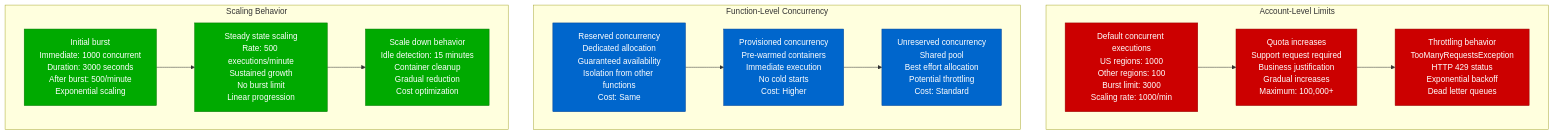
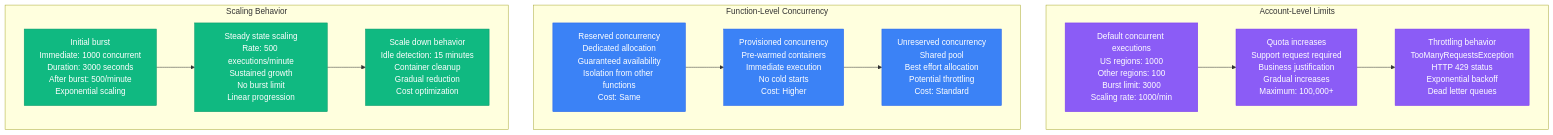
One commit to deepaucksharma/DS changed the third of 11 diagrams in site/docs/performance/serverless-performance-profile.md. Above: the diagram before and after it, drawn with Mermaid. The commit also changed other lines of this file and 303 other files, not shown here.

````diff
--- a/site/docs/performance/serverless-performance-profile.md
+++ b/site/docs/performance/serverless-performance-profile.md
@@ -95,40 +95,40 @@
 ```mermaid
 graph TB
     subgraph "Account-Level Limits"
         ACCOUNT1[Default concurrent executions<br/>US regions: 1000<br/>Other regions: 100<br/>Burst limit: 3000<br/>Scaling rate: 1000/min]
 
         ACCOUNT2[Quota increases<br/>Support request required<br/>Business justification<br/>Gradual increases<br/>Maximum: 100,000+]
 
         ACCOUNT3[Throttling behavior<br/>TooManyRequestsException<br/>HTTP 429 status<br/>Exponential backoff<br/>Dead letter queues]
 
         ACCOUNT1 --> ACCOUNT2 --> ACCOUNT3
     end
 
     subgraph "Function-Level Concurrency"
         FUNCTION1[Reserved concurrency<br/>Dedicated allocation<br/>Guaranteed availability<br/>Isolation from other functions<br/>Cost: Same]
 
         FUNCTION2[Provisioned concurrency<br/>Pre-warmed containers<br/>Immediate execution<br/>No cold starts<br/>Cost: Higher]
 
         FUNCTION3[Unreserved concurrency<br/>Shared pool<br/>Best effort allocation<br/>Potential throttling<br/>Cost: Standard]
 
         FUNCTION1 --> FUNCTION2 --> FUNCTION3
     end
 
     subgraph "Scaling Behavior"
         SCALING1[Initial burst<br/>Immediate: 1000 concurrent<br/>Duration: 3000 seconds<br/>After burst: 500/minute<br/>Exponential scaling]
 
         SCALING2[Steady state scaling<br/>Rate: 500 executions/minute<br/>Sustained growth<br/>No burst limit<br/>Linear progression]
 
         SCALING3[Scale down behavior<br/>Idle detection: 15 minutes<br/>Container cleanup<br/>Gradual reduction<br/>Cost optimization]
 
         SCALING1 --> SCALING2 --> SCALING3
     end
 
-    classDef accountStyle fill:#CC0000,stroke:#990000,color:#fff
-    classDef functionStyle fill:#0066CC,stroke:#004499,color:#fff
-    classDef scalingStyle fill:#00AA00,stroke:#007700,color:#fff
+    classDef accountStyle fill:#8B5CF6,stroke:#7C3AED,color:#fff
+    classDef functionStyle fill:#3B82F6,stroke:#2563EB,color:#fff
+    classDef scalingStyle fill:#10B981,stroke:#059669,color:#fff
 
     class ACCOUNT1,ACCOUNT2,ACCOUNT3 accountStyle
     class FUNCTION1,FUNCTION2,FUNCTION3 functionStyle
     class SCALING1,SCALING2,SCALING3 scalingStyle
 ```
````
